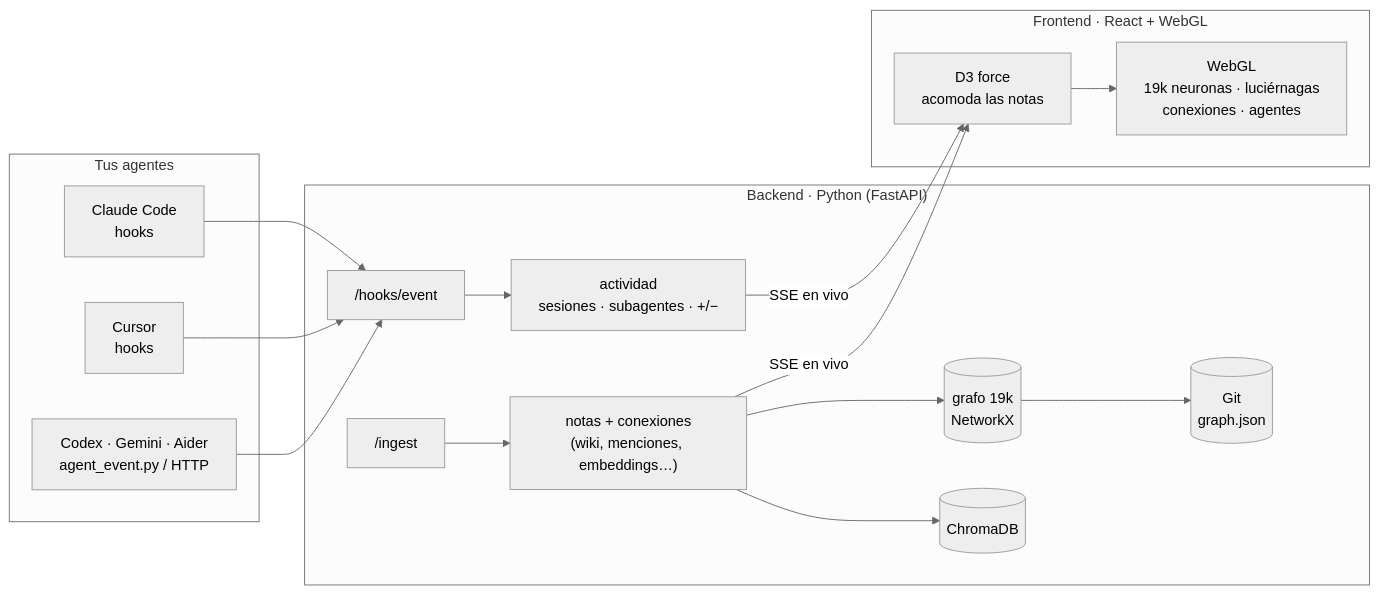
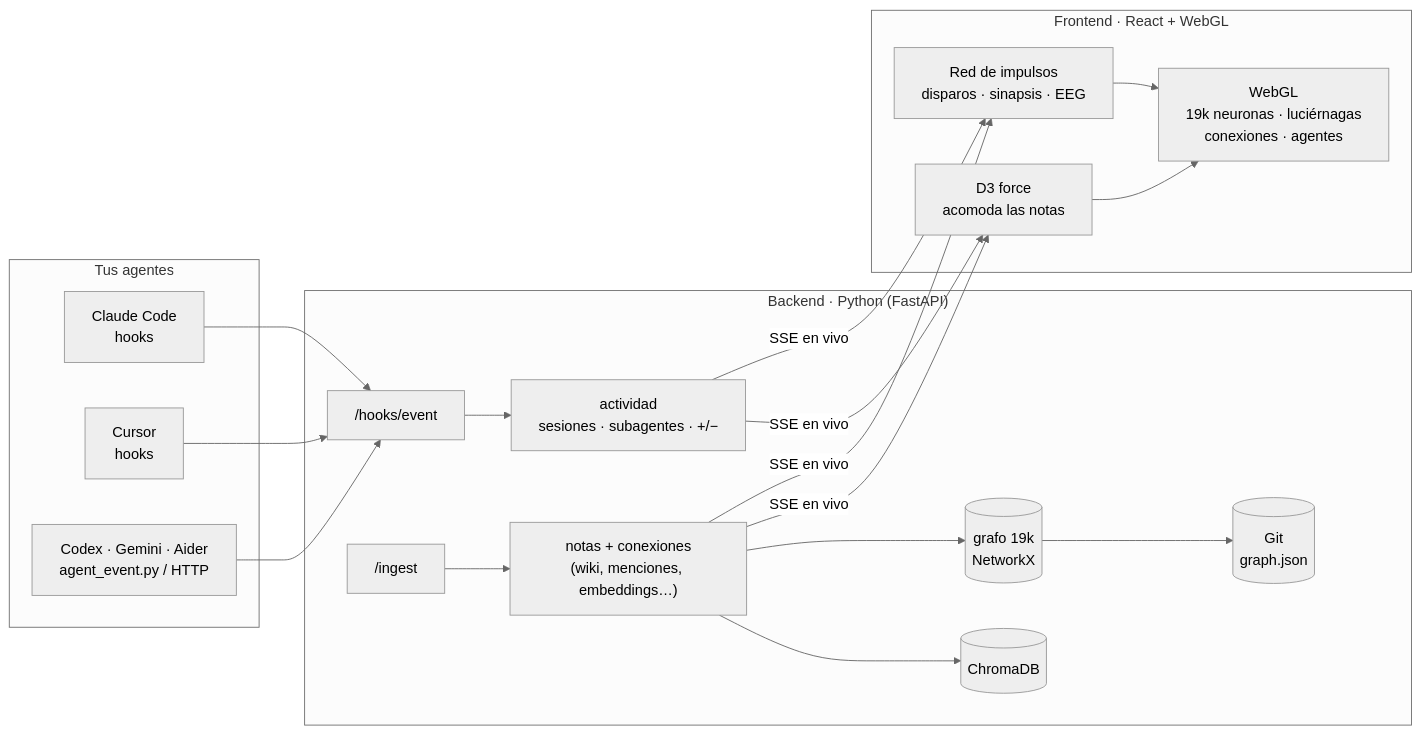
Before and after one commit to adrianlunamx/NEURAL-BRAIN: the diagram in README.md, drawn with Mermaid (neutral theme). The commit also changed other lines of this file and 8 other files, not shown here.

````diff
--- a/README.md
+++ b/README.md
@@ -90,20 +96,21 @@
 ```mermaid
 flowchart LR
     subgraph A["Tus agentes"]
         CC["Claude Code<br/>hooks"]
         CU["Cursor<br/>hooks"]
         CX["Codex · Gemini · Aider<br/>agent_event.py / HTTP"]
     end
     subgraph B["Backend · Python (FastAPI)"]
         H["/hooks/event"] --> ACT["actividad<br/>sesiones · subagentes · +/−"]
         ING["/ingest"] --> NOTES["notas + conexiones<br/>(wiki, menciones, embeddings…)"]
         NOTES --> VS[("ChromaDB")]
         NOTES --> G[("grafo 19k<br/>NetworkX")]
         G --> GIT[("Git<br/>graph.json")]
     end
     subgraph C["Frontend · React + WebGL"]
         D3["D3 force<br/>acomoda las notas"] --> GL["WebGL<br/>19k neuronas · luciérnagas<br/>conexiones · agentes"]
+        SIM["Red de impulsos<br/>disparos · sinapsis · EEG"] --> GL
     end
     CC & CU & CX --> H
-    ACT & NOTES -- "SSE en vivo" --> D3
+    ACT & NOTES -- "SSE en vivo" --> D3 & SIM
 ```
````
